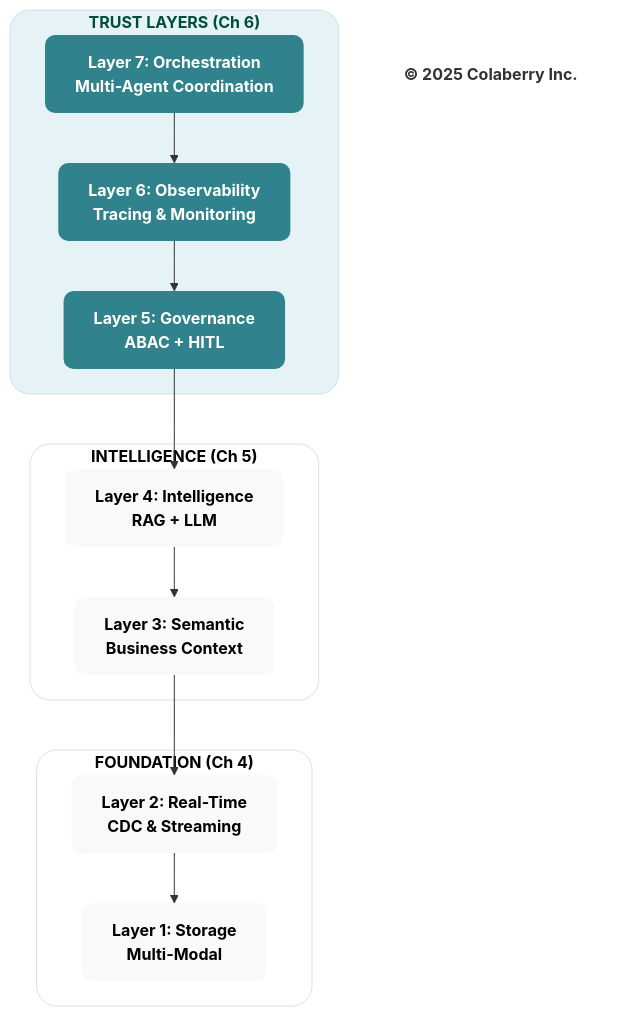
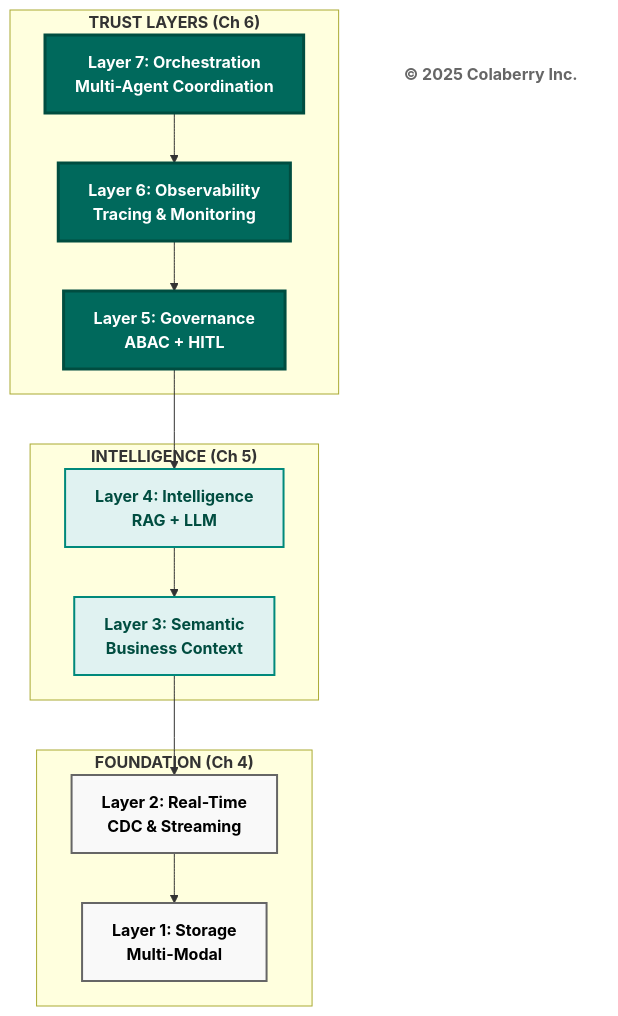
Before and after one commit to saitejesh-cyber/trust-before-intelligence-book: the third of 14 diagrams in manuscript/07_chapter_6_transparency_orchestration_layers.md, drawn with Mermaid. The commit also changed other lines of this file and 12 other files, not shown here.

Commit message:
Restore legacy Mermaid styles for Option 1

````diff
--- a/manuscript/07_chapter_6_transparency_orchestration_layers.md
+++ b/manuscript/07_chapter_6_transparency_orchestration_layers.md
@@ -158,34 +158,31 @@
 ```mermaid
 graph TB
-    subgraph TRUST_LAYERS["<b>TRUST LAYERS (Ch 6)</b>"]
+    subgraph "<b>TRUST LAYERS (Ch 6)</b>"
         L7["<b>Layer 7: Orchestration</b><br/><b>Multi-Agent Coordination</b>"]
         L6["<b>Layer 6: Observability</b><br/><b>Tracing & Monitoring</b>"]
         L5["<b>Layer 5: Governance</b><br/><b>ABAC + HITL</b>"]
     end
     
-    subgraph INTELLIGENCE_CH5["<b>INTELLIGENCE (Ch 5)</b>"]
+    subgraph "<b>INTELLIGENCE (Ch 5)</b>"
         L4["<b>Layer 4: Intelligence</b><br/><b>RAG + LLM</b>"]
         L3["<b>Layer 3: Semantic</b><br/><b>Business Context</b>"]
     end
     
-    subgraph FOUNDATION_CH4["<b>FOUNDATION (Ch 4)</b>"]
+    subgraph "<b>FOUNDATION (Ch 4)</b>"
         L2["<b>Layer 2: Real-Time</b><br/><b>CDC & Streaming</b>"]
         L1["<b>Layer 1: Storage</b><br/><b>Multi-Modal</b>"]
     end
     
     Copyright["<b>© 2025 Colaberry Inc.</b>"]
     
     L7 --> L6 --> L5 --> L4 --> L3 --> L2 --> L1
     
-        style L7 fill:#30838C,stroke:none,color:#ffffff,rx:10,ry:10
-        style L6 fill:#30838C,stroke:none,color:#ffffff,rx:10,ry:10
-        style L5 fill:#30838C,stroke:none,color:#ffffff,rx:10,ry:10
-        style L4 fill:#f9f9f9,stroke:none,color:#000000,rx:10,ry:10
-        style L3 fill:#f9f9f9,stroke:none,color:#000000,rx:10,ry:10
-        style L2 fill:#f9f9f9,stroke:none,color:#000000,rx:10,ry:10
-        style L1 fill:#f9f9f9,stroke:none,color:#000000,rx:10,ry:10
-    style TRUST_LAYERS fill:#e6f3f6,stroke:#c7e3ea,stroke-width:1px,color:#004d40,rx:20,ry:20
-    style INTELLIGENCE_CH5 fill:#ffffff,stroke:#e0e0e0,stroke-width:1px,color:#000000,rx:20,ry:20
-    style FOUNDATION_CH4 fill:#ffffff,stroke:#e0e0e0,stroke-width:1px,color:#000000,rx:20,ry:20
-    style Copyright fill:none,stroke:none,color:#333333
+    style L7 fill:#00695c,color:#ffffff,stroke:#004d40,stroke-width:3px
+    style L6 fill:#00695c,color:#ffffff,stroke:#004d40,stroke-width:3px
+    style L5 fill:#00695c,color:#ffffff,stroke:#004d40,stroke-width:3px
+    style L4 fill:#e0f2f1,stroke:#00897b,stroke-width:2px,color:#004d40
+    style L3 fill:#e0f2f1,stroke:#00897b,stroke-width:2px,color:#004d40
+    style L2 fill:#f9f9f9,stroke:#666666,stroke-width:2px,color:#000000
+    style L1 fill:#f9f9f9,stroke:#666666,stroke-width:2px,color:#000000
+    style Copyright fill:#ffffff,stroke:none,color:#666666
 ```
````
